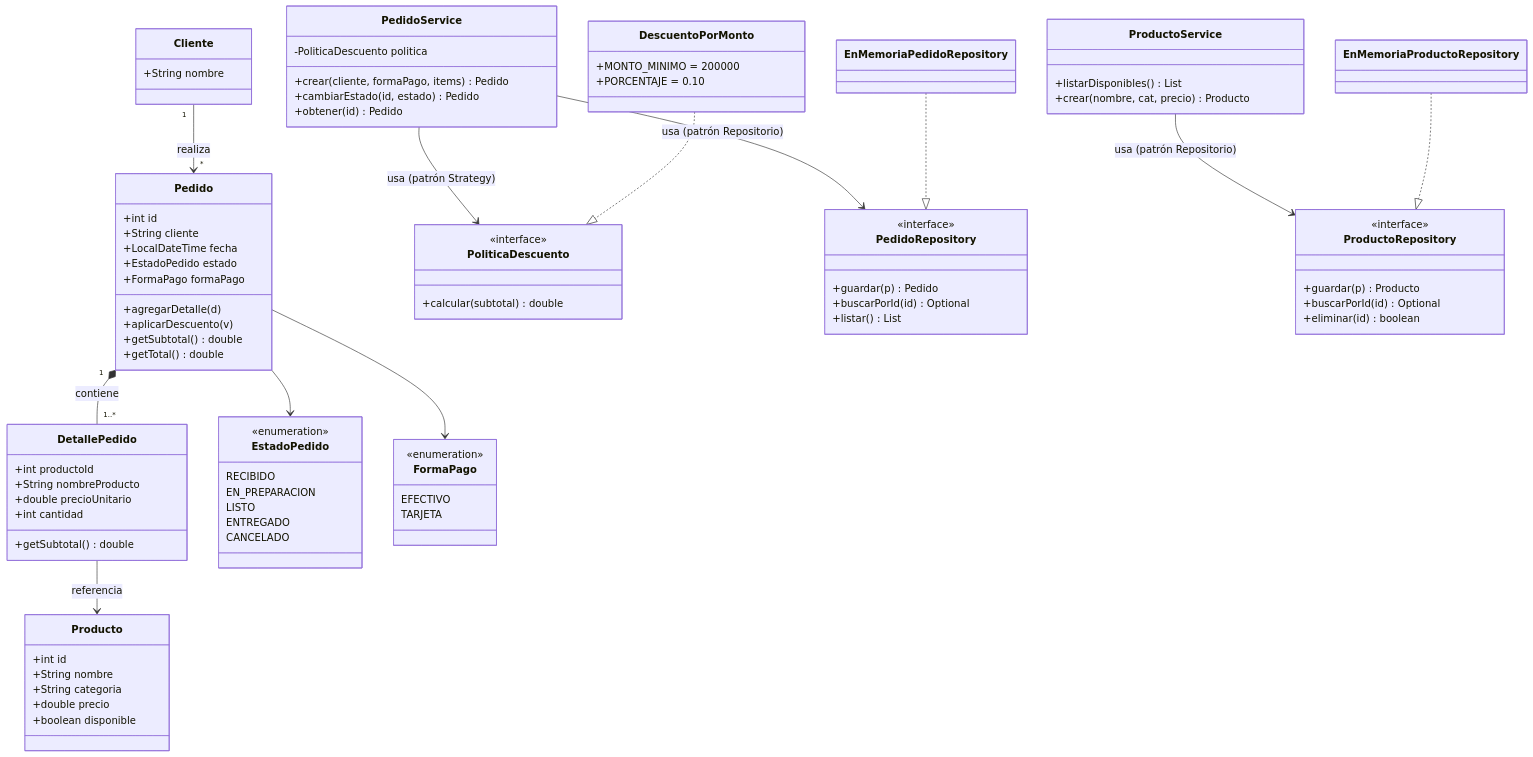
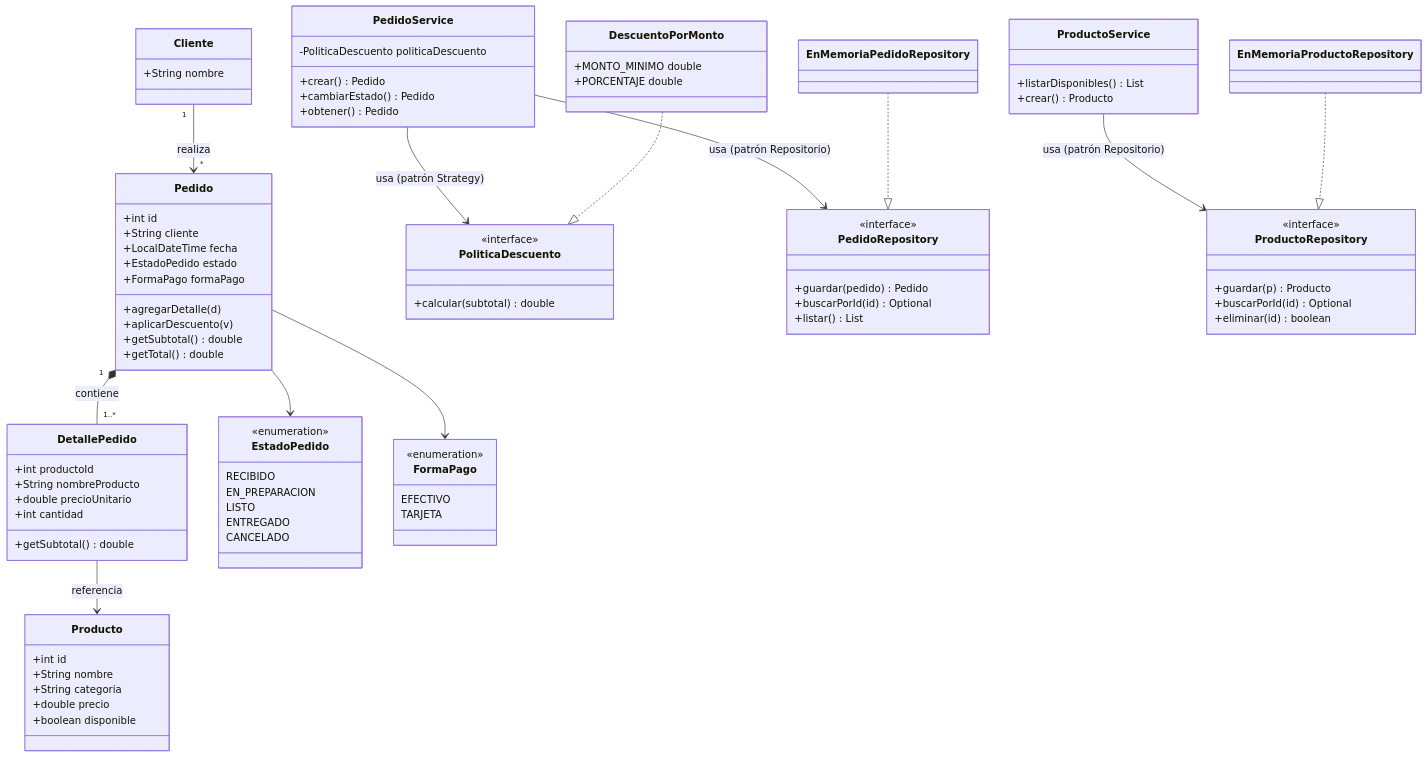
The second of 4 diagrams in docs/02-diagramas-uml.md (EliecerSanchez/cafe-express), drawn with Mermaid before and after one commit. The commit also changed 1 other file, not shown here.

Commit message:
fix(docs): sintaxis Mermaid 10 en diagrama de clases (sin comas en parametros ni miembros en una linea)

```diff
--- a/docs/02-diagramas-uml.md
+++ b/docs/02-diagramas-uml.md
@@ -83,26 +83,26 @@
         TARJETA
     }
     class PedidoService {
-        -PoliticaDescuento politica
-        +crear(cliente, formaPago, items) Pedido
-        +cambiarEstado(id, estado) Pedido
-        +obtener(id) Pedido
+        -PoliticaDescuento politicaDescuento
+        +crear() Pedido
+        +cambiarEstado() Pedido
+        +obtener() Pedido
     }
     class ProductoService {
         +listarDisponibles() List
-        +crear(nombre, cat, precio) Producto
+        +crear() Producto
     }
     class PoliticaDescuento {
         <<interface>>
         +calcular(subtotal) double
     }
     class DescuentoPorMonto {
-        +MONTO_MINIMO = 200000
-        +PORCENTAJE = 0.10
+        +MONTO_MINIMO double
+        +PORCENTAJE double
     }
     class PedidoRepository {
         <<interface>>
-        +guardar(p) Pedido
+        +guardar(pedido) Pedido
         +buscarPorId(id) Optional
         +listar() List
     }
```
